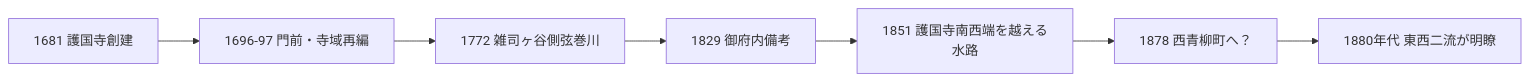
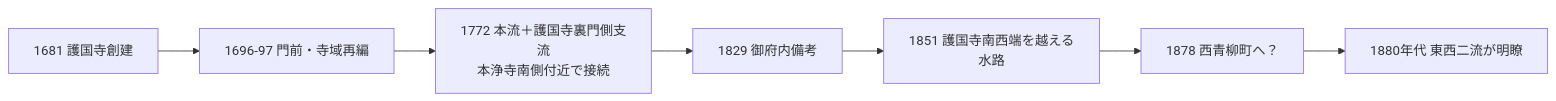
Before and after one commit to yuubinnkyoku/otowa-ankyoscape: the second of 2 diagrams in docs/open-questions/音羽谷西側の弦巻川下流の成立年代.md, drawn with Mermaid. The commit also changed other lines of this file, not shown here.

````diff
--- a/docs/open-questions/音羽谷西側の弦巻川下流の成立年代.md
+++ b/docs/open-questions/音羽谷西側の弦巻川下流の成立年代.md
@@ -164,9 +188,9 @@
 ```mermaid
 flowchart LR
     A[1681 護国寺創建] --> B[1696-97 門前・寺域再編]
-    B --> C[1772 雑司ヶ谷側弦巻川]
+    B --> C[1772 本流＋護国寺裏門側支流<br/>本浄寺南側付近で接続]
     C --> D[1829 御府内備考]
     D --> E[1851 護国寺南西端を越える水路]
     E --> F[1878 西青柳町へ？]
     F --> G[1880年代 東西二流が明瞭]
 ```
````
